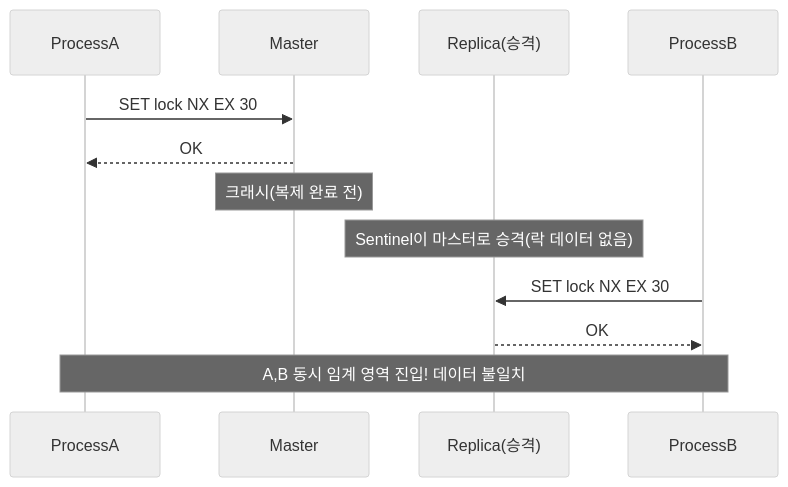
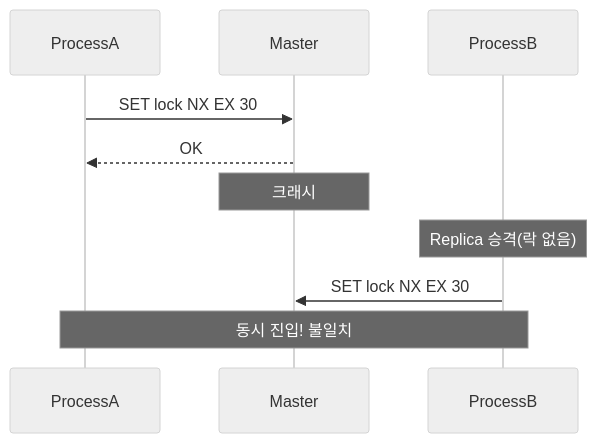
One commit to yjkim2015/yjkim2015.github.io changed diagram 11 of 15 in _posts/redis/2026-05-01-redis-distributed-lock.md. Above: the diagram before and after it, drawn with Mermaid (neutral theme). The commit also changed other lines of this file and 155 other files, not shown here.

First line of the commit message:
Mermaid 전면 수정: subgraph 제거, participant/노드/줄수 축소 (342블록)

````diff
--- a/_posts/redis/2026-05-01-redis-distributed-lock.md
+++ b/_posts/redis/2026-05-01-redis-distributed-lock.md
@@ -675,14 +664,12 @@
 ```mermaid
 sequenceDiagram
     participant A as ProcessA
     participant M as Master
-    participant Rep as Replica(승격)
     participant B as ProcessB
     A->>M: SET lock NX EX 30
     M-->>A: OK
-    Note over M: 크래시(복제 완료 전)
-    Note over Rep: Sentinel이 마스터로 승격(락 데이터 없음)
-    B->>Rep: SET lock NX EX 30
-    Rep-->>B: OK
-    Note over A,B: A,B 동시 임계 영역 진입! 데이터 불일치
+    Note over M: 크래시
+    Note over B: Replica 승격(락 없음)
+    B->>M: SET lock NX EX 30
+    Note over A,B: 동시 진입! 불일치
 ```
````
